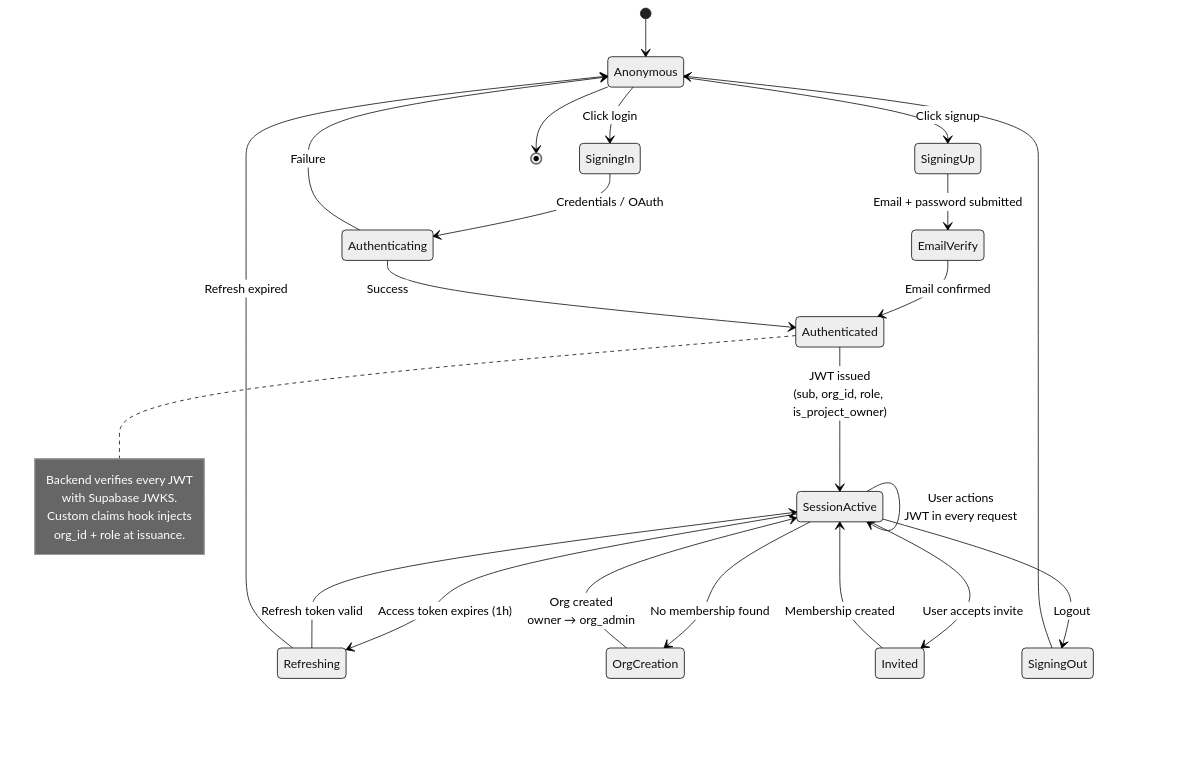
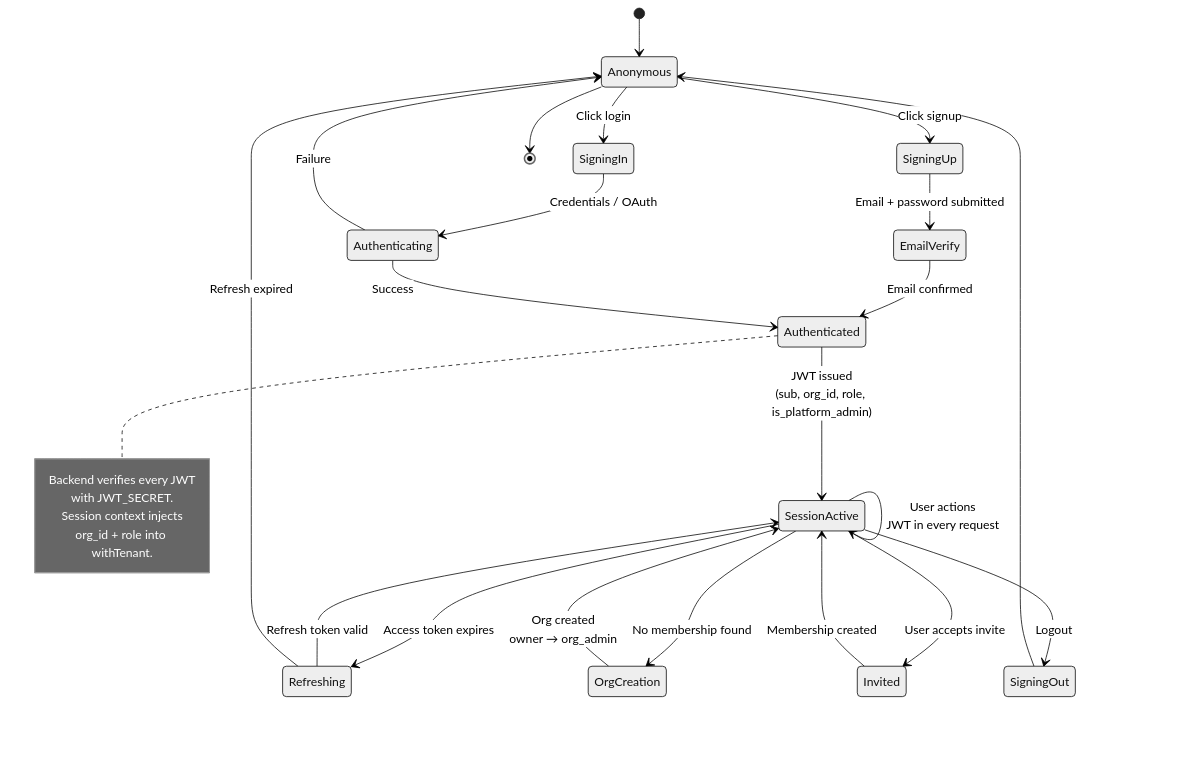
The diagram in docs/architecture/auth-flow.mermaid (sibi5161874/glix), drawn with Mermaid (neutral theme) before and after one commit. The commit also changed 36 other files, not shown here.

```diff
--- a/docs/architecture/auth-flow.mermaid
+++ b/docs/architecture/auth-flow.mermaid
@@ -1,36 +1,36 @@
 stateDiagram-v2
     [*] --> Anonymous
 
     Anonymous --> SigningUp: Click signup
     SigningUp --> EmailVerify: Email + password submitted
     EmailVerify --> Authenticated: Email confirmed
 
     Anonymous --> SigningIn: Click login
     SigningIn --> Authenticating: Credentials / OAuth
     Authenticating --> Authenticated: Success
     Authenticating --> Anonymous: Failure
 
-    Authenticated --> SessionActive: JWT issued<br/>(sub, org_id, role, is_project_owner)
+    Authenticated --> SessionActive: JWT issued<br/>(sub, org_id, role, is_platform_admin)
     SessionActive --> SessionActive: User actions<br/>JWT in every request
 
-    SessionActive --> Refreshing: Access token expires (1h)
+    SessionActive --> Refreshing: Access token expires
     Refreshing --> SessionActive: Refresh token valid
     Refreshing --> Anonymous: Refresh expired
 
     SessionActive --> OrgCreation: No membership found
     OrgCreation --> SessionActive: Org created<br/>owner → org_admin
 
     SessionActive --> Invited: User accepts invite
     Invited --> SessionActive: Membership created
 
     SessionActive --> SigningOut: Logout
     SigningOut --> Anonymous
 
     Anonymous --> [*]
 
     note right of Authenticated
         Backend verifies every JWT
-        with Supabase JWKS.
-        Custom claims hook injects
-        org_id + role at issuance.
+        with JWT_SECRET.
+        Session context injects
+        org_id + role into withTenant.
     end note
```
